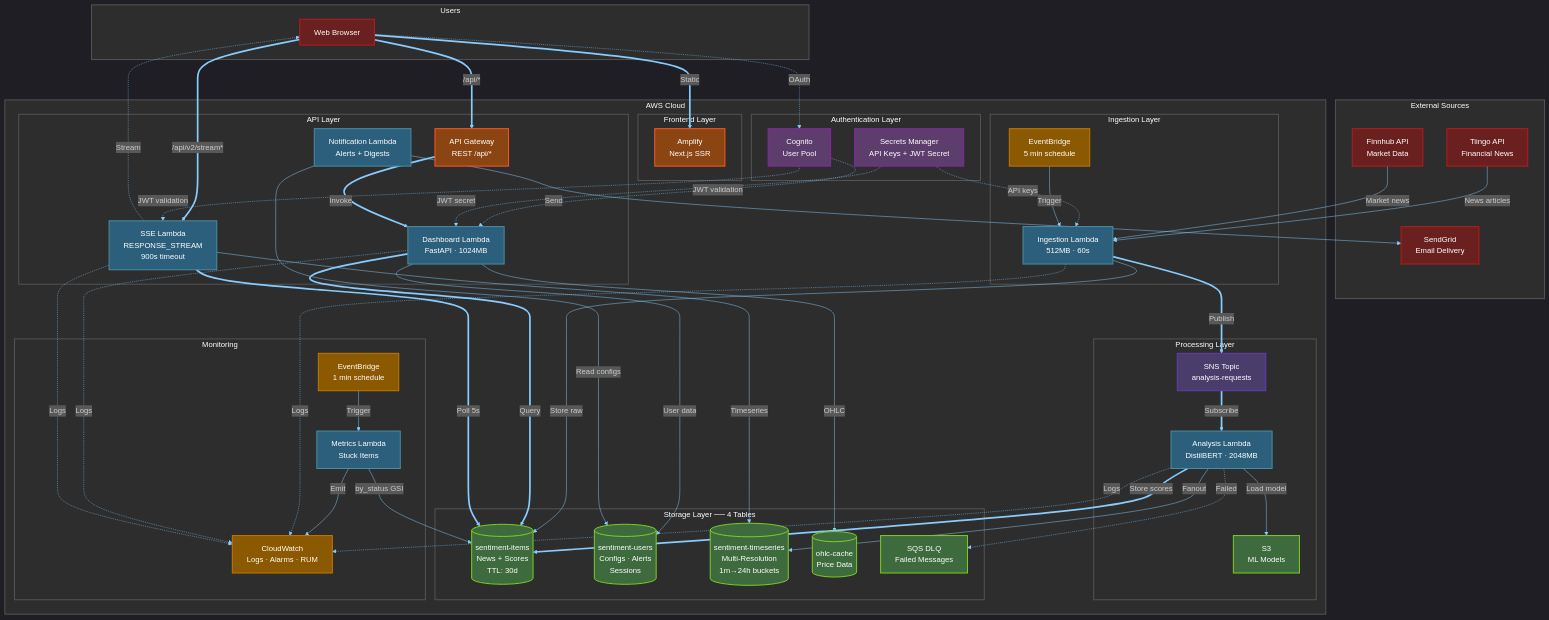
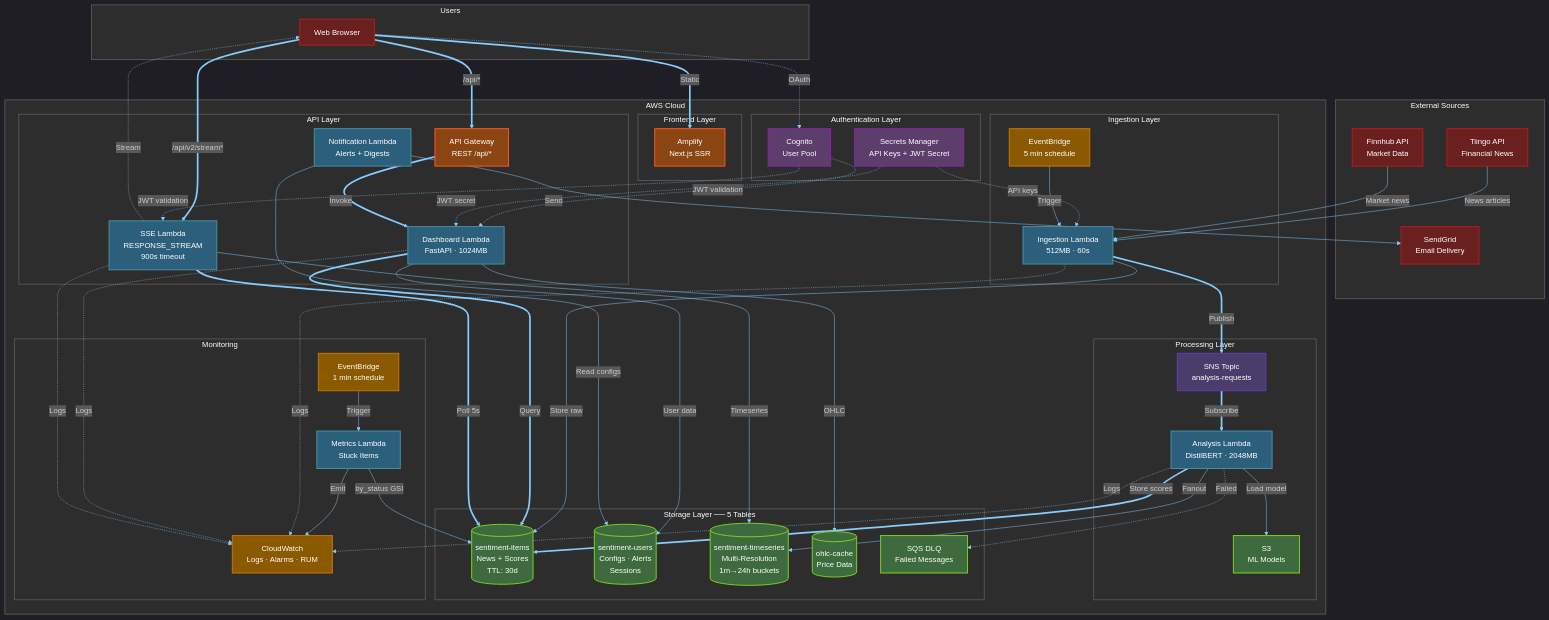
The second of 5 diagrams in README.md (traylorre/sentiment-analyzer-gsk), drawn with Mermaid before and after one commit. The commit also changed other lines of this file and 47 other files, not shown here.

```diff
--- a/README.md
+++ b/README.md
@@ -229,7 +229,7 @@
             Notification[Notification Lambda<br/>Alerts + Digests]
         end
 
-        subgraph StorageLayer["Storage Layer ── 4 Tables"]
+        subgraph StorageLayer["Storage Layer ── 5 Tables"]
             DDBItems[(sentiment-items<br/>News + Scores<br/>TTL: 30d)]
             DDBUsers[(sentiment-users<br/>Configs · Alerts<br/>Sessions)]
             DDBTimeseries[(sentiment-timeseries<br/>Multi-Resolution<br/>1m→24h buckets)]
@@ -244,7 +244,7 @@
         end
     end
 
-    %% User flows - thicker lines for primary paths (direct to Amplify/Lambda Function URLs)
+    %% User flows - thicker lines for primary paths (via API Gateway)
     Browser ==>|Static| Amplify
     Browser ==>|/api/*| APIGW
     Browser ==>|/api/v2/stream*| SSELambda
```
